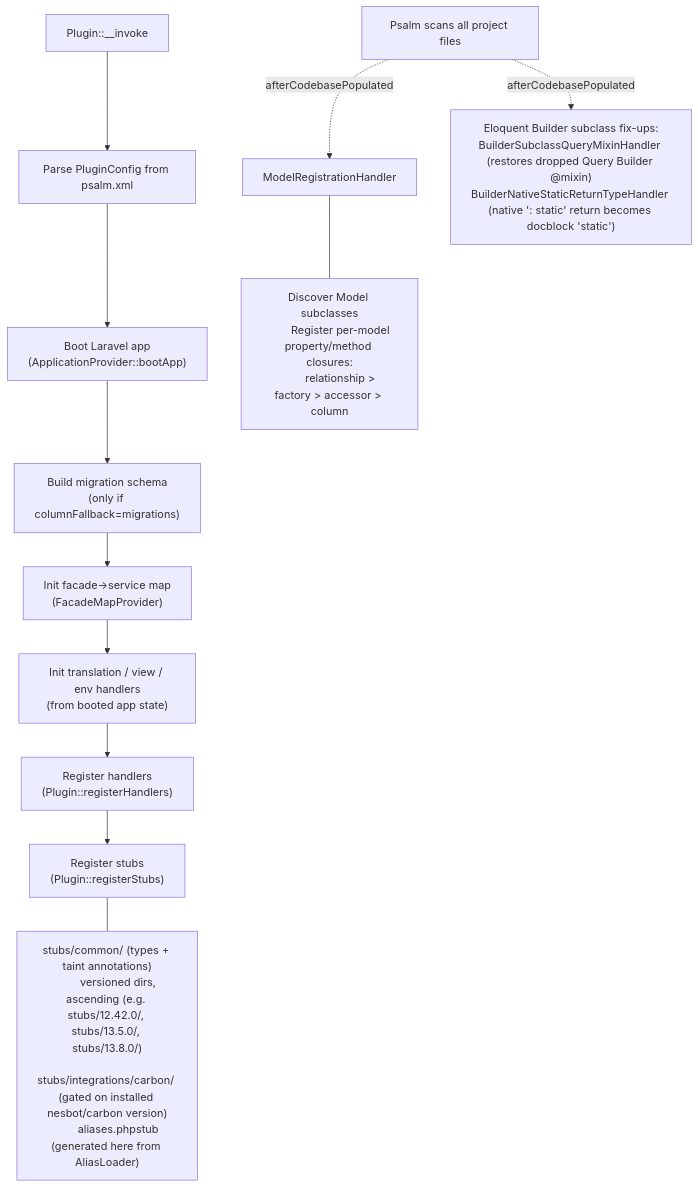
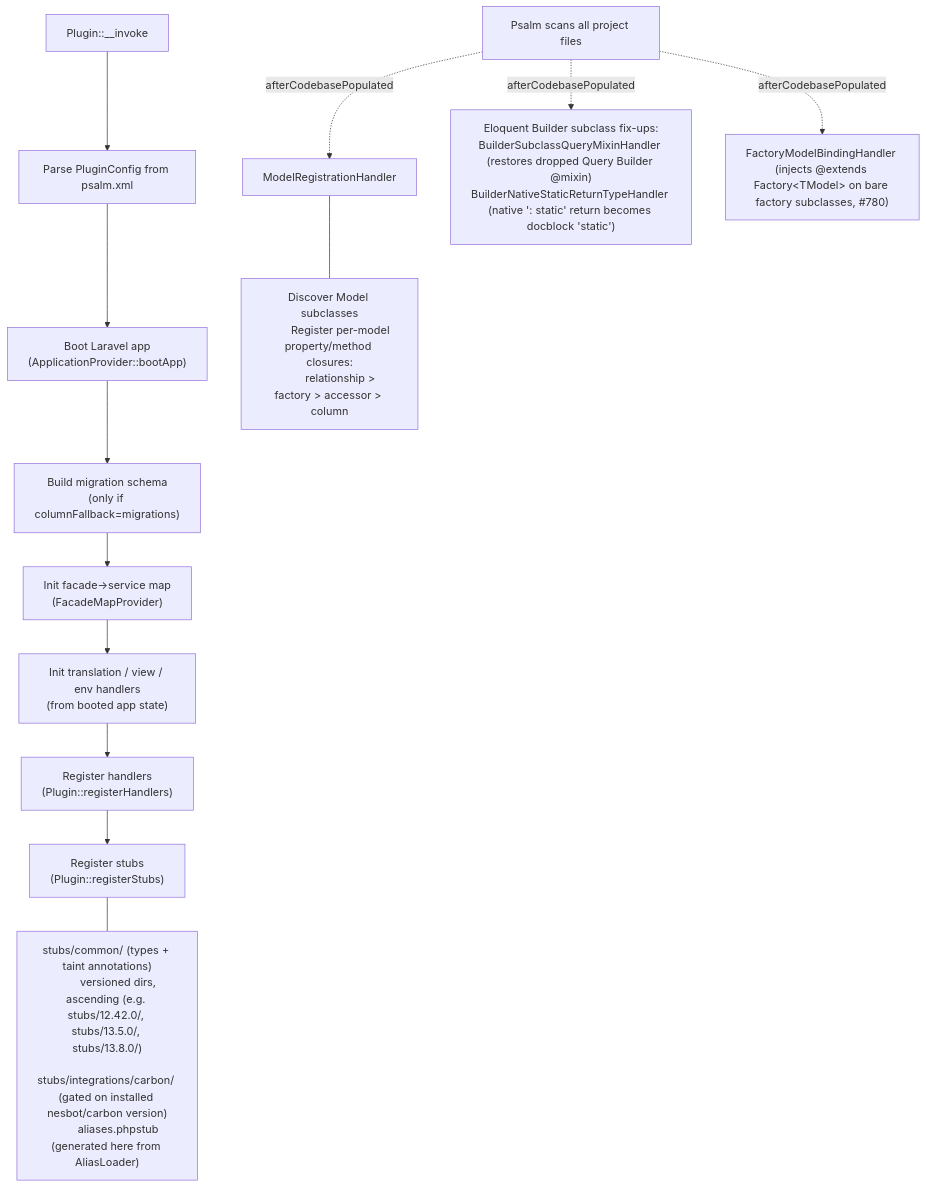
The first of 2 diagrams in docs/contributing/README.md (psalm/psalm-plugin-laravel), drawn with Mermaid before and after one commit. The commit also changed 7 other files, not shown here.

Commit message:
feat(eloquent): auto-bind Factory<TModel> on bare factory subclasses #780

````diff
--- a/docs/contributing/README.md
+++ b/docs/contributing/README.md
@@ -19,25 +19,26 @@
 ```mermaid
 flowchart TD
     A["Plugin::__invoke"] --> B["Parse PluginConfig from psalm.xml"]
     B --> C["Boot Laravel app\n(ApplicationProvider::bootApp)"]
     C --> D["Build migration schema\n(only if columnFallback=migrations)"]
     D --> E["Init facade→service map\n(FacadeMapProvider)"]
     E --> F["Init translation / view / env handlers\n(from booted app state)"]
     F --> G["Register handlers\n(Plugin::registerHandlers)"]
     G --> H["Register stubs\n(Plugin::registerStubs)"]
 
     H --- stubs["
         stubs/common/ (types + taint annotations)
         versioned dirs, ascending (e.g. stubs/12.42.0/, stubs/13.5.0/, stubs/13.8.0/)
         stubs/integrations/carbon/ (gated on installed nesbot/carbon version)
         aliases.phpstub (generated here from AliasLoader)
     "]
 
     I["Psalm scans all project files"] -.->|afterCodebasePopulated| J["ModelRegistrationHandler"]
     I -.->|afterCodebasePopulated| K["Eloquent Builder subclass fix-ups:\nBuilderSubclassQueryMixinHandler (restores dropped Query Builder @mixin)\nBuilderNativeStaticReturnTypeHandler (native ': static' return becomes docblock 'static')"]
+    I -.->|afterCodebasePopulated| FMB["FactoryModelBindingHandler (injects @extends Factory&lt;TModel&gt; on bare factory subclasses, #780)"]
     J --- models["
         Discover Model subclasses
         Register per-model property/method closures:
         relationship > factory > accessor > column
     "]
 ```
````
